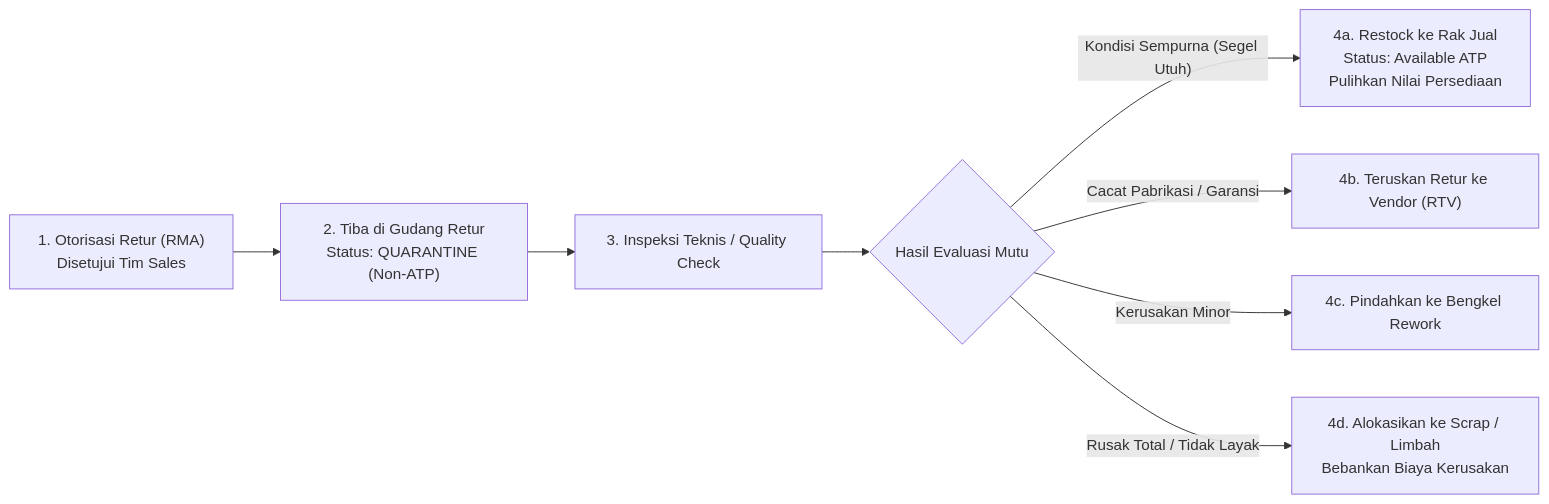
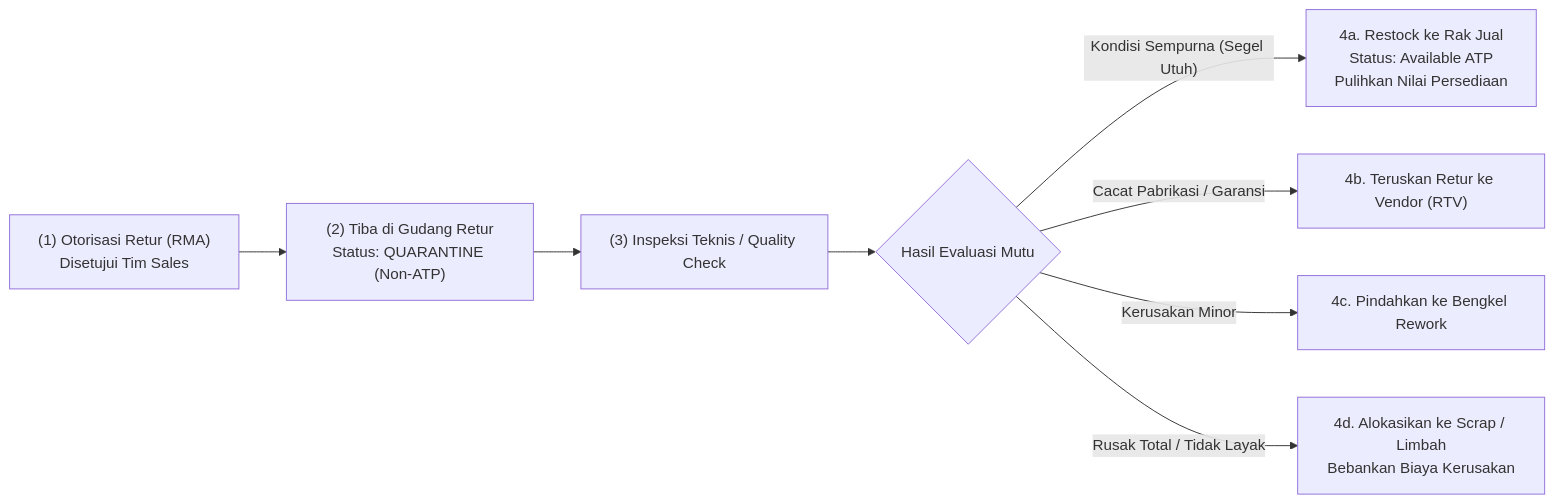
One commit to alimurrofid/erp-notes changed the second of 3 diagrams in content/05-inventory/inventory-return-and-reversal.md. Above: the diagram before and after it, drawn with Mermaid. The commit also changed other lines of this file and 132 other files, not shown here.

````diff
--- a/content/05-inventory/inventory-return-and-reversal.md
+++ b/content/05-inventory/inventory-return-and-reversal.md
@@ -52,12 +52,12 @@
 ```mermaid
 flowchart LR
-    RMA["1. Otorisasi Retur (RMA)<br/>Disetujui Tim Sales"]
-    --> Gate["2. Tiba di Gudang Retur<br/>Status: QUARANTINE (Non-ATP)"]
-    --> Inspect["3. Inspeksi Teknis / Quality Check"]
+    RMA["(1) Otorisasi Retur (RMA)<br/>Disetujui Tim Sales"]
+    --> Gate["(2) Tiba di Gudang Retur<br/>Status: QUARANTINE (Non-ATP)"]
+    --> Inspect["(3) Inspeksi Teknis / Quality Check"]
     
     Inspect --> D1{"Hasil Evaluasi Mutu"}
     D1 -- "Kondisi Sempurna (Segel Utuh)" --> Restock["4a. Restock ke Rak Jual<br/>Status: Available ATP<br/>Pulihkan Nilai Persediaan"]
     D1 -- "Cacat Pabrikasi / Garansi" --> RTV["4b. Teruskan Retur ke Vendor (RTV)"]
     D1 -- "Kerusakan Minor" --> Rework["4c. Pindahkan ke Bengkel Rework"]
     D1 -- "Rusak Total / Tidak Layak" --> Scrap["4d. Alokasikan ke Scrap / Limbah<br/>Bebankan Biaya Kerusakan"]
 ```
````
